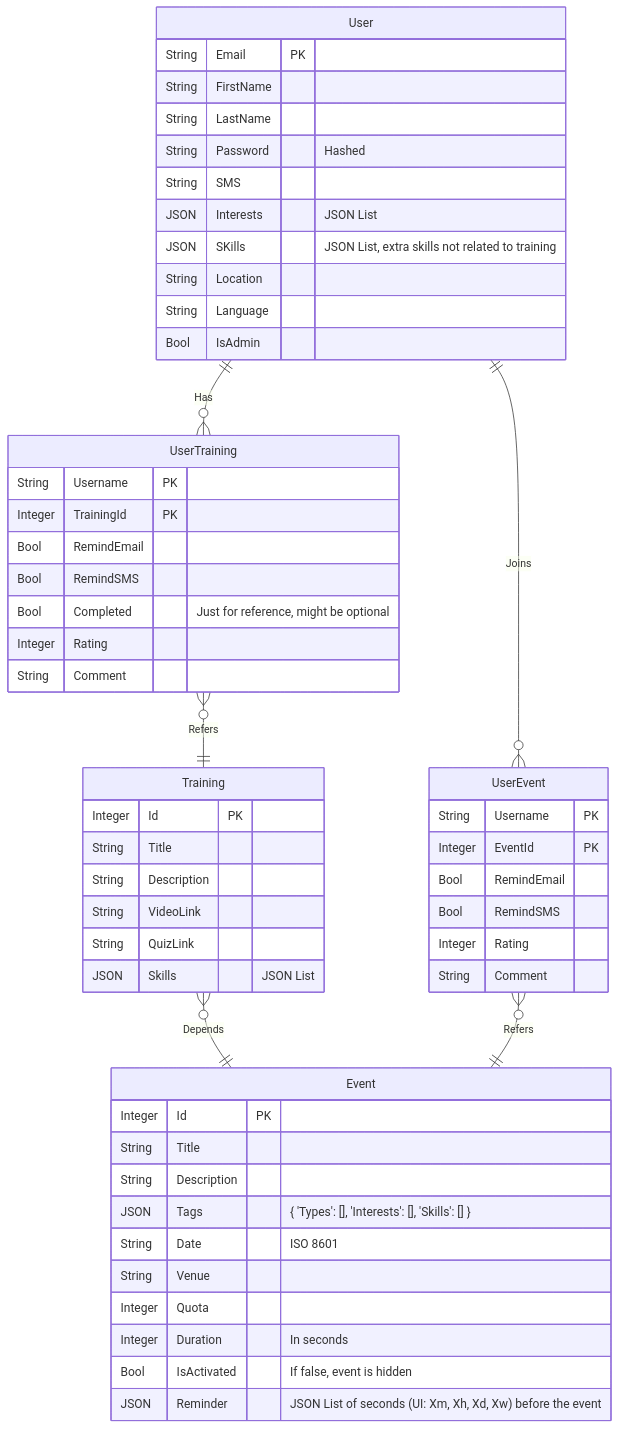
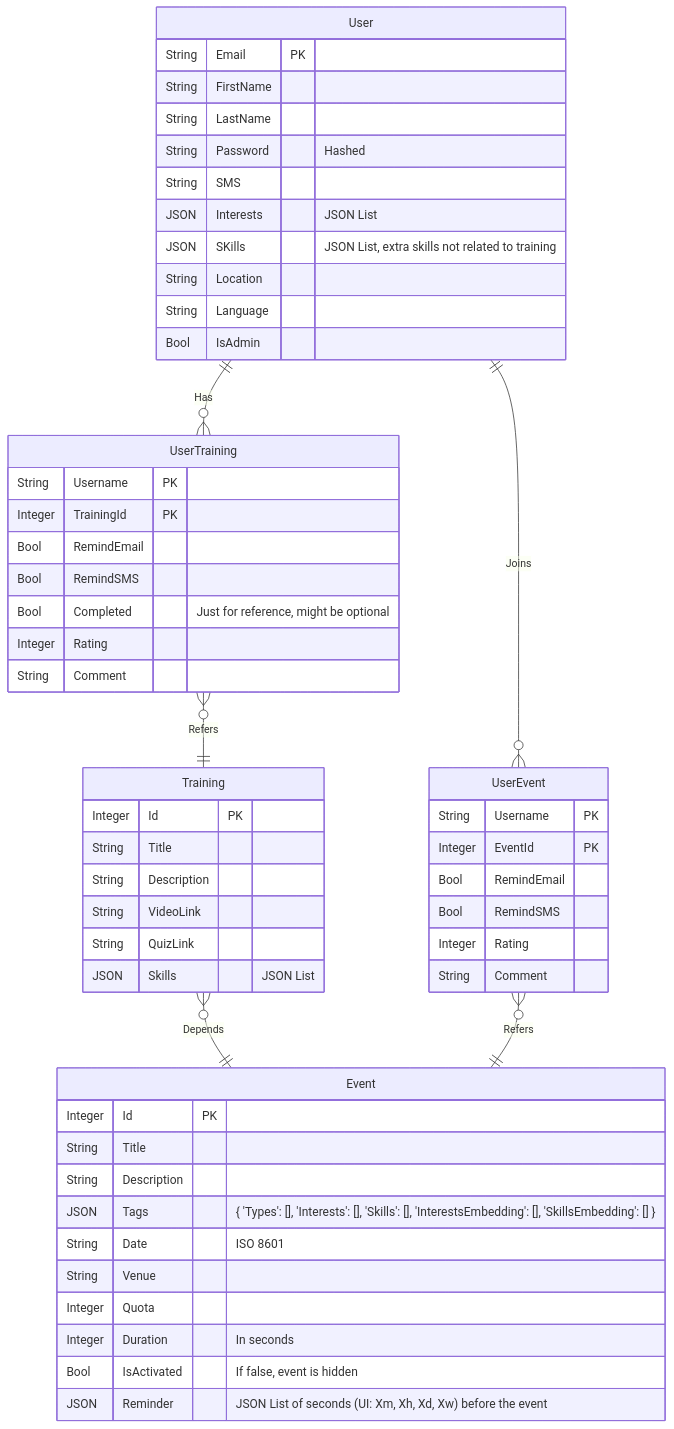
Before and after one commit to Code-To-Give-Team14/code-to-give: the diagram in server/README.md, drawn with Mermaid.

Commit message:
Update ER Diagram

````diff
--- a/server/README.md
+++ b/server/README.md
@@ -7,62 +7,62 @@
 ```mermaid
 erDiagram
     User {
         String Email PK
         String FirstName
         String LastName
         String Password "Hashed"
         String SMS
         JSON Interests "JSON List"
         JSON SKills "JSON List, extra skills not related to training"
         String Location
         String Language
         Bool IsAdmin
     }
 
     UserTraining {
         String Username PK
         Integer TrainingId PK
         Bool RemindEmail
         Bool RemindSMS
         Bool Completed "Just for reference, might be optional"
         Integer Rating
         String Comment
     }
 
     Training {
         Integer Id PK
         String Title
         String Description
         String VideoLink
         String QuizLink
         JSON Skills "JSON List"
     }
 
     UserEvent {
         String Username PK
         Integer EventId PK
         Bool RemindEmail
         Bool RemindSMS
         Integer Rating
         String Comment
     }
 
     Event {
         Integer Id PK
         String Title
         String Description
-        JSON Tags "{ 'Types': [], 'Interests': [], 'Skills': [] }"
+        JSON Tags "{ 'Types': [], 'Interests': [], 'Skills': [], 'InterestsEmbedding': [], 'SkillsEmbedding': [] }"
         String Date "ISO 8601"
         String Venue
         Integer Quota
         Integer Duration "In seconds"
         Bool IsActivated "If false, event is hidden"
         JSON Reminder "JSON List of seconds (UI: Xm, Xh, Xd, Xw) before the event"
     }
 
     User ||--o{ UserTraining: Has
     UserTraining }o--|| Training: Refers
     Training }o--|| Event: Depends
     User ||--o{ UserEvent: Joins
     UserEvent }o--|| Event: Refers
 ```
````
